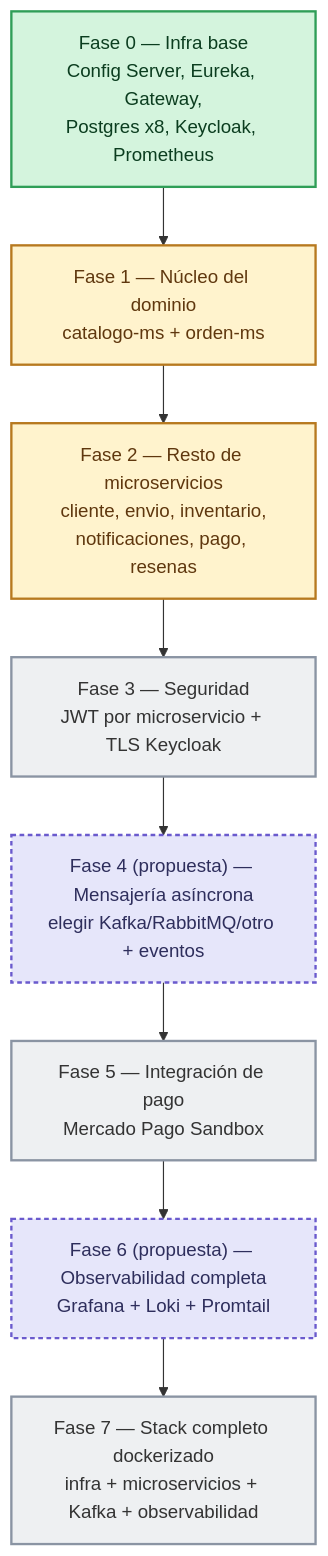
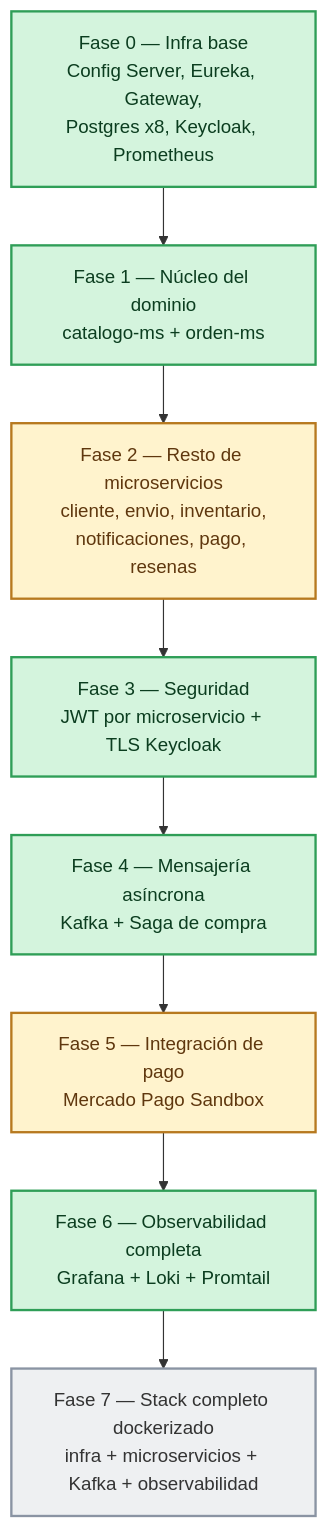
One commit to anghelo523/nextlook changed the diagram in NextLook/docs/avance.md. Above: the diagram before and after it, drawn with Mermaid. The commit also changed other lines of this file and 310 other files, not shown here.

First line of the commit message:
U2: microservicios completos, Saga con Kafka, observabilidad y tienda Angular

````diff
--- a/NextLook/docs/avance.md
+++ b/NextLook/docs/avance.md
@@ -52,24 +61,23 @@
 ```mermaid
 flowchart TD
     F0["Fase 0 — Infra base<br/>Config Server, Eureka, Gateway,<br/>Postgres x8, Keycloak, Prometheus"]
     F1["Fase 1 — Núcleo del dominio<br/>catalogo-ms + orden-ms"]
     F2["Fase 2 — Resto de microservicios<br/>cliente, envio, inventario,<br/>notificaciones, pago, resenas"]
     F3["Fase 3 — Seguridad<br/>JWT por microservicio + TLS Keycloak"]
-    F4["Fase 4 (propuesta) — Mensajería asíncrona<br/>elegir Kafka/RabbitMQ/otro + eventos"]
+    F4["Fase 4 — Mensajería asíncrona<br/>Kafka + Saga de compra"]
     F5["Fase 5 — Integración de pago<br/>Mercado Pago Sandbox"]
-    F6["Fase 6 (propuesta) — Observabilidad completa<br/>Grafana + Loki + Promtail"]
+    F6["Fase 6 — Observabilidad completa<br/>Grafana + Loki + Promtail"]
     F7["Fase 7 — Stack completo dockerizado<br/>infra + microservicios + Kafka + observabilidad"]
 
     F0 --> F1 --> F2 --> F3 --> F4 --> F5 --> F6 --> F7
 
     classDef done fill:#d4f4dd,stroke:#2f9e57,stroke-width:2px,color:#0b3d1f;
     classDef progress fill:#fff3cd,stroke:#b7791f,stroke-width:2px,color:#5f370e;
     classDef pending fill:#eef0f2,stroke:#8a94a3,stroke-width:2px,color:#333;
     classDef proposed fill:#e6e6fa,stroke:#6a5acd,stroke-width:2px,stroke-dasharray: 4 3,color:#2e2e5c;
 
-    class F0 done;
-    class F1,F2 progress;
-    class F3,F5 pending;
-    class F4,F6 proposed;
+    class F0,F1,F3,F4 done;
+    class F2,F5 progress;
+    class F6 done;
     class F7 pending;
 ```
````
